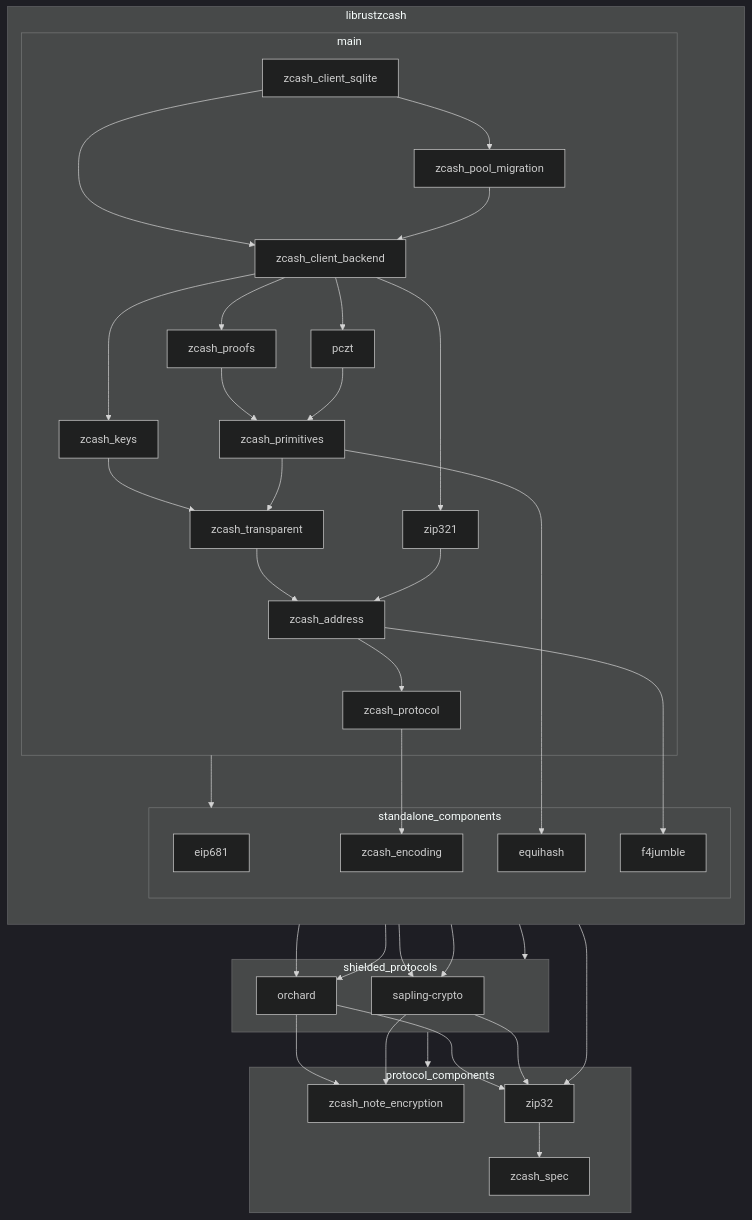
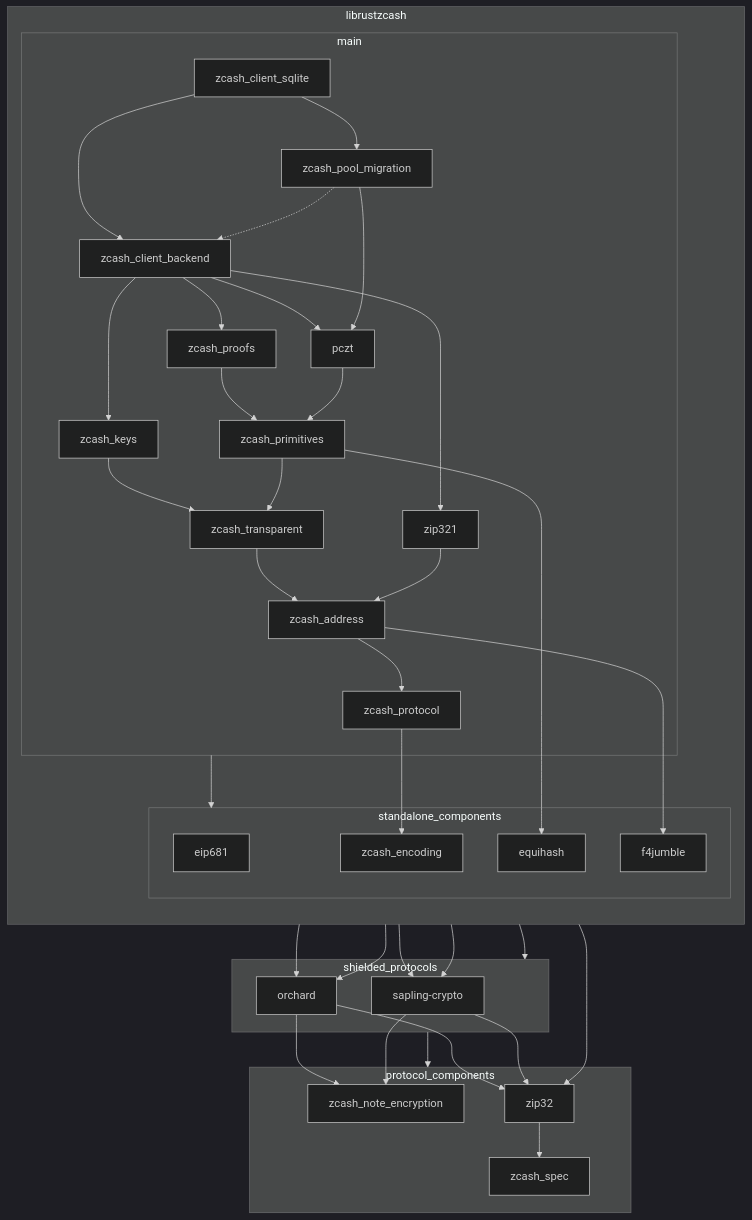
The diagram in README.md (zcash/librustzcash), drawn with Mermaid (dark theme) before and after one commit. The commit also changed other lines of this file and 1 other file, not shown here.

First line of the commit message:
README: document `zcash_pool_migration`, and style its feature-gated edge

```diff
--- a/README.md
+++ b/README.md
@@ -61,10 +61,11 @@
 
     zcash_client_sqlite --> zcash_pool_migration
 
-    zcash_pool_migration --> zcash_client_backend
+    %% The `zcash_client_backend` dependency is gated on the `wallet` feature.
+    zcash_pool_migration -.-> zcash_client_backend
 
     zcash_client_backend --> pczt
-    %% zcash_pool_migration --> pczt
+    zcash_pool_migration --> pczt
 
     %% zcash_client_sqlite --> zcash_keys
     zcash_client_backend --> zcash_keys
```
